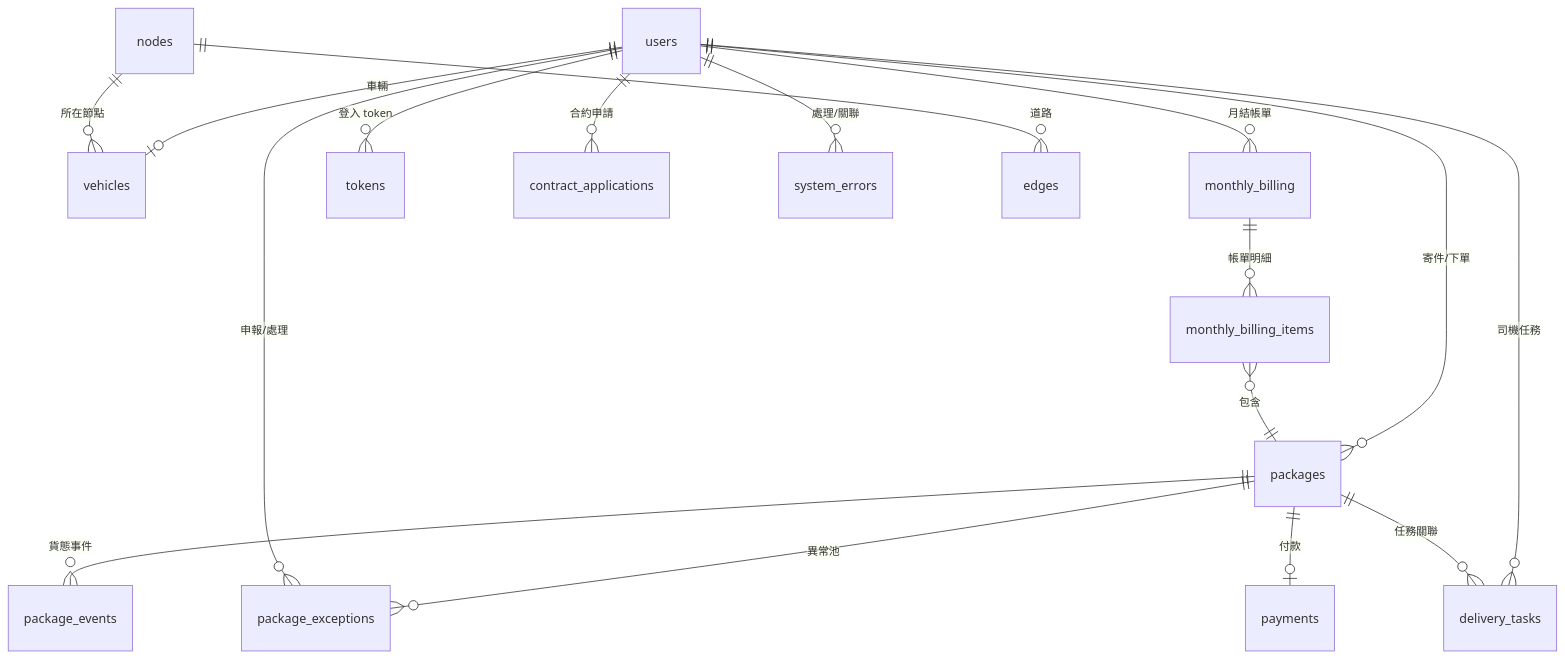
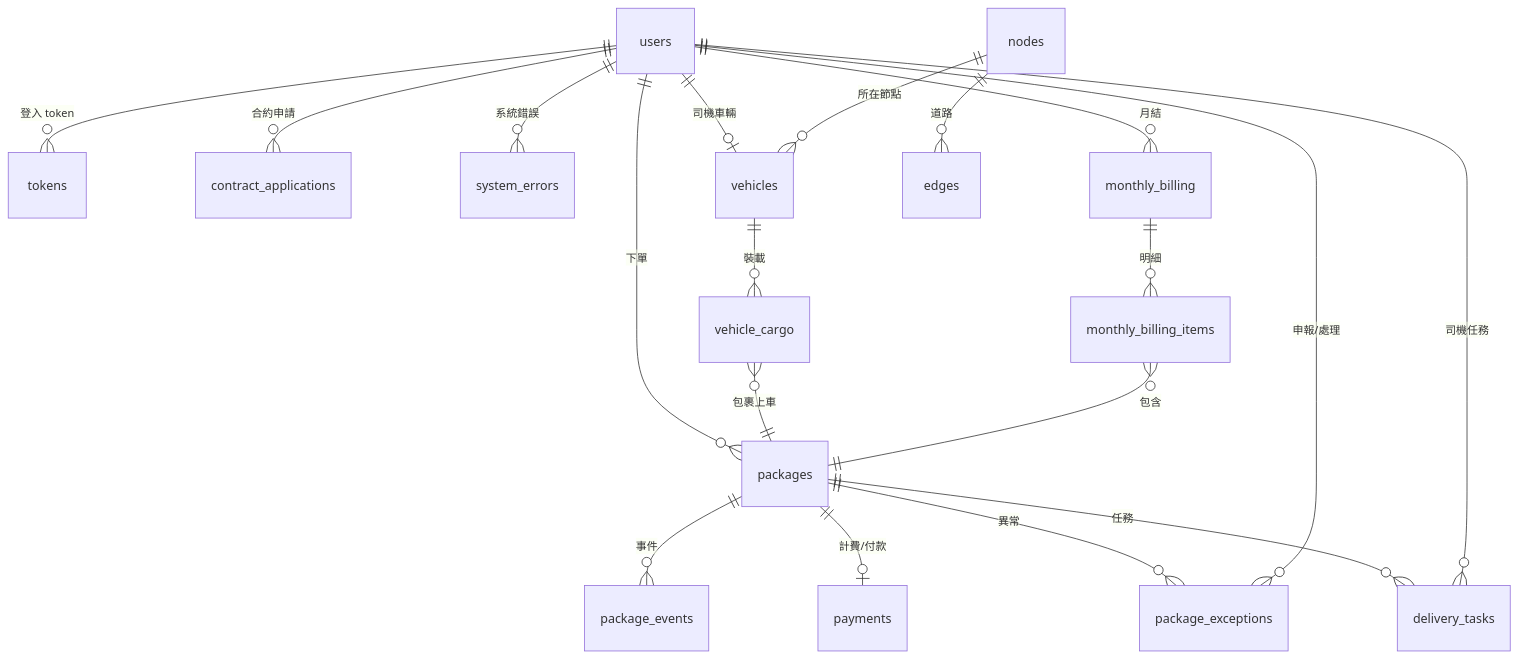
One commit to bowen12274Bot/Logistics_tracking_system changed the diagram in docs/reference/database-schema.md. Above: the diagram before and after it, drawn with Mermaid. The commit also changed other lines of this file and 14 other files, not shown here.

````diff
--- a/docs/reference/database-schema.md
+++ b/docs/reference/database-schema.md
@@ -341,19 +336,27 @@
 ```mermaid
 erDiagram
-    users ||--o{ packages : "寄件/下單"
-    packages ||--o{ package_events : "貨態事件"
-    packages ||--o| payments : "付款"
-    packages ||--o{ package_exceptions : "異常池"
+    users ||--o{ packages : "下單"
+    packages ||--o{ package_events : "事件"
+    packages ||--o| payments : "計費/付款"
+    users ||--o{ tokens : "登入 token"
+
+    users ||--o{ contract_applications : "合約申請"
+    users ||--o{ system_errors : "系統錯誤"
+
+    packages ||--o{ package_exceptions : "異常"
     users ||--o{ package_exceptions : "申報/處理"
+
+    packages ||--o{ delivery_tasks : "任務"
     users ||--o{ delivery_tasks : "司機任務"
-    packages ||--o{ delivery_tasks : "任務關聯"
-    users ||--o| vehicles : "車輛"
+
+    users ||--o| vehicles : "司機車輛"
     nodes ||--o{ vehicles : "所在節點"
-    users ||--o{ monthly_billing : "月結帳單"
-    monthly_billing ||--o{ monthly_billing_items : "帳單明細"
+    vehicles ||--o{ vehicle_cargo : "裝載"
+    vehicle_cargo }o--|| packages : "包裹上車"
+
+    users ||--o{ monthly_billing : "月結"
+    monthly_billing ||--o{ monthly_billing_items : "明細"
     monthly_billing_items }o--|| packages : "包含"
-    users ||--o{ tokens : "登入 token"
-    users ||--o{ contract_applications : "合約申請"
-    users ||--o{ system_errors : "處理/關聯"
+
     nodes ||--o{ edges : "道路"
 ```
````
